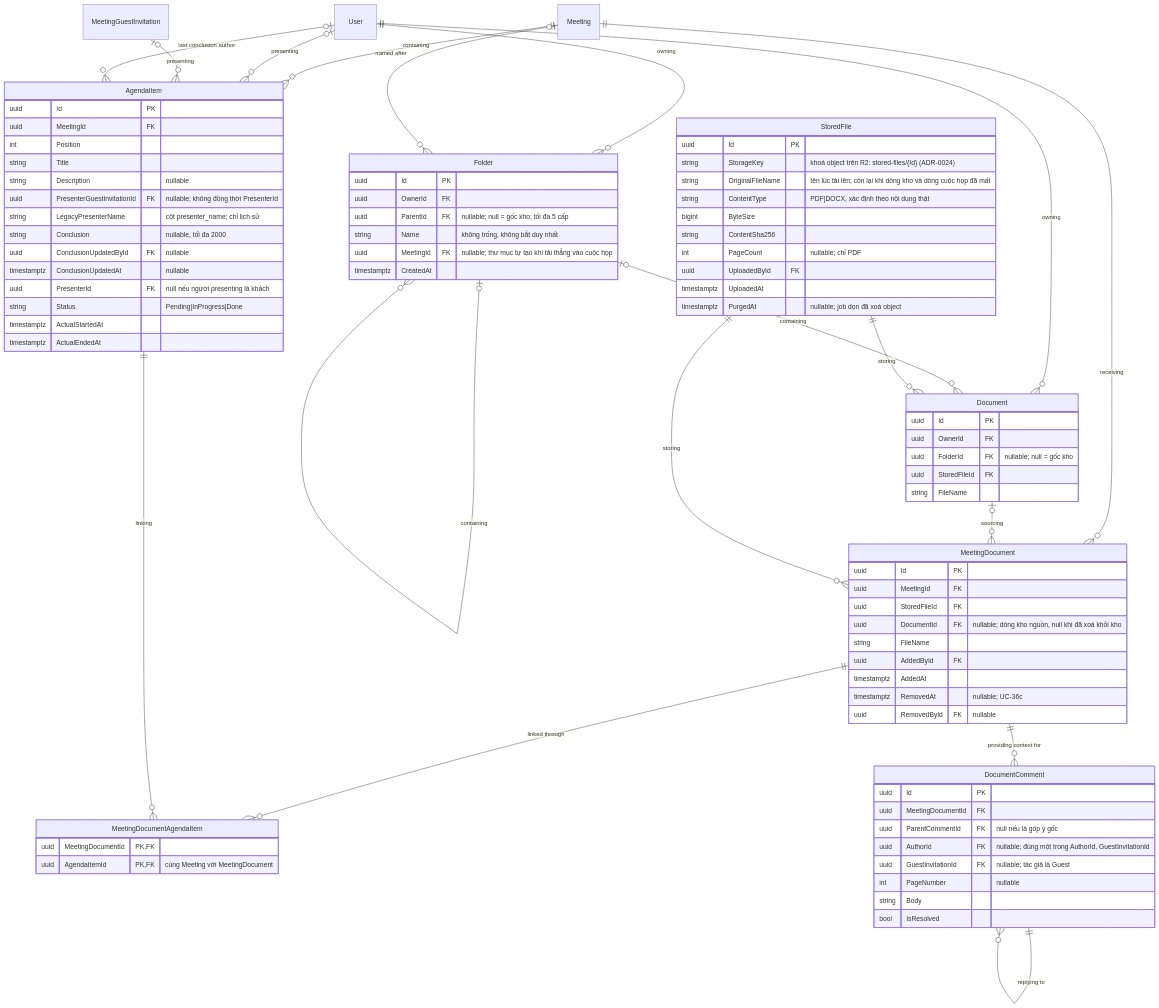
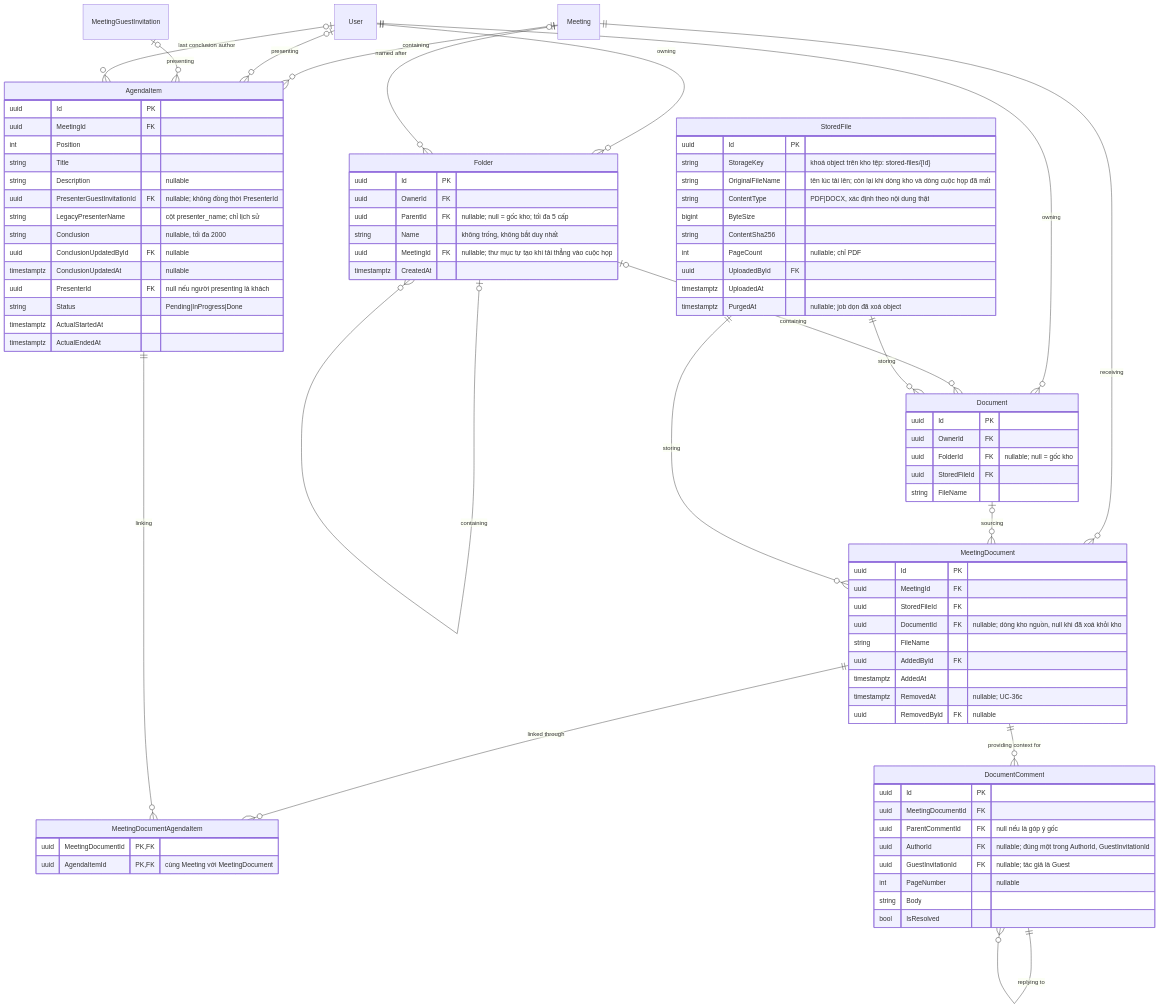
The second of 7 diagrams in docs/02-design/02-erd.md (callmehai/FU-FA26-G116), drawn with Mermaid before and after one commit. The commit also changed other lines of this file and 21 other files, not shown here.

Commit message:
[Docs] Bỏ Cloudflare R2 khỏi tài liệu, kho tệp chỉ còn SeaweedFS trên server app; hạn mức tài liệu cả hệ thống 10 GB lên 250 GB (ADR-0084)

```diff
--- a/docs/02-design/02-erd.md
+++ b/docs/02-design/02-erd.md
@@ -250,7 +250,7 @@
     }
     StoredFile {
         uuid Id PK
-        string StorageKey "khoá object trên R2: stored-files/{Id} (ADR-0024)"
+        string StorageKey "khoá object trên kho tệp: stored-files/{Id}"
         string OriginalFileName "tên lúc tải lên; còn lại khi dòng kho và dòng cuộc họp đã mất"
         string ContentType "PDF|DOCX, xác định theo nội dung thật"
         bigint ByteSize
```
